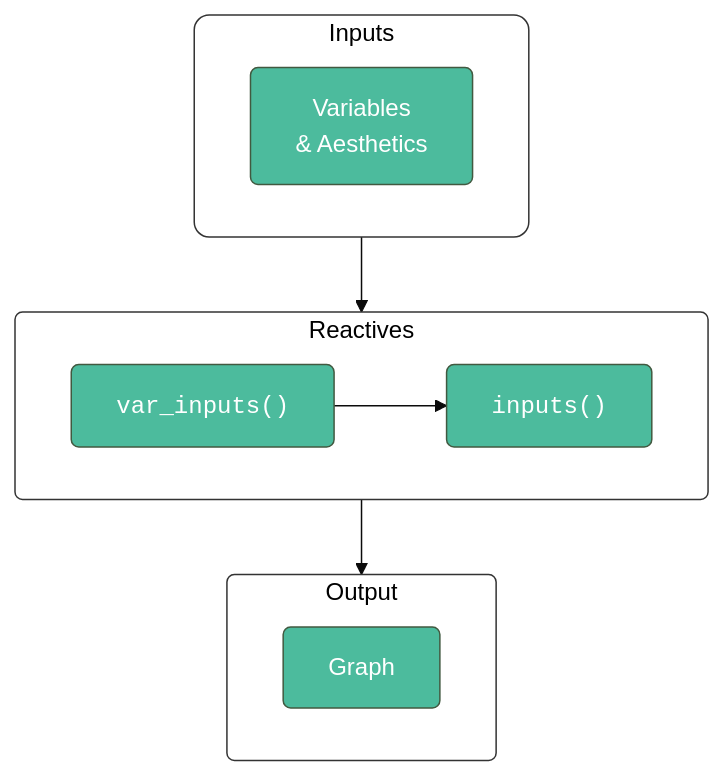
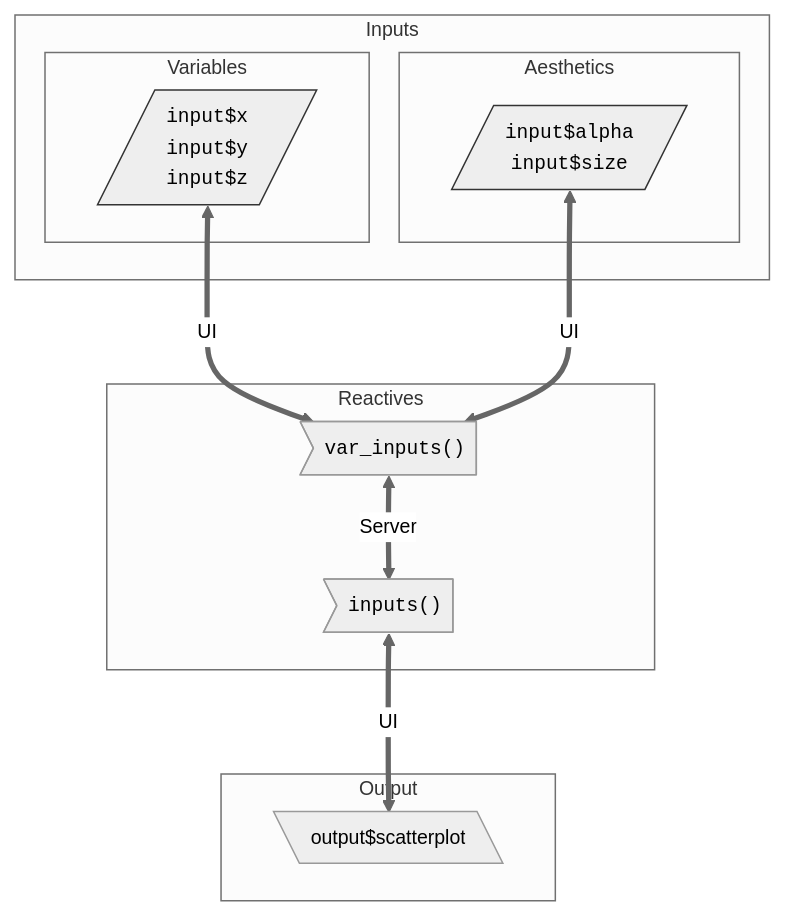
Before and after one commit to mjfrigaard/shiny-app-pkgs: the second of 4 diagrams in debug.qmd, drawn with Mermaid. The commit also changed other lines of this file and 31 other files, not shown here.

````diff
--- a/debug.qmd
+++ b/debug.qmd
@@ -122,28 +170,30 @@
 ```{mermaid}
+%%| fig-cap: 'Reactive flow in Movies App'
 %%| fig-align: center
-%%| fig-cap: 'Debugging'
-%%{init: {'theme': 'base', 'themeVariables': { 'fontFamily': 'monospace', 'primaryColor': '#33a02c', 'edgeLabelBackground':'#02577A'}}}%%
-flowchart
+%%{init: {'theme': 'neutral', 'themeVariables': { 'fontFamily': 'monospace', "fontSize":"13px"}}}%%
+flowchart TD
     subgraph Inputs["Inputs"]
-        A1["Variables 
-		   & Aesthetics"]
+        subgraph Variables["Variables"]
+        var_input[/"<code>input$x</code><br><code>input$y</code><br><code>input$z</code>"/]
+        end
+        subgraph Aesthetics["Aesthetics"]
+        aes_input[/"<code>input$alpha</code><br><code>input$size</code>"/]
+        end
+        
     end
     subgraph React["Reactives"]
-        R1["<code>var_inputs()</code>"]
-        R2["<code>inputs()</code>"]
+        var_inputs>"<code>var_inputs()</code> "]
+        inputs>"<code>inputs()</code>"]
     end
     subgraph Output["Output"]
-        O1[Graph]
+        output[\"output$scatterplot"\]
     end
-    Inputs --> React
-    R1 --> R2
-    React --> Output
 
-    style Inputs fill:#FFFFFF,color:#000000,stroke:#333,stroke-width:1px,rx:10,ry:10
-    style A1 fill:#4CBB9D,color:#FFFFFF,rx:5,ry:5
-    style React fill:#FFFFFF,color:#000000,stroke:#333,stroke-width:1px,rx:5,ry:5
-    style R1 fill:#4CBB9D,color:#FFFFFF,rx:5,ry:5
-    style R2 fill:#4CBB9D,color:#FFFFFF,rx:5,ry:5
-    style Output fill:#FFFFFF,color:#000000,stroke:#333,stroke-width:1px,rx:5,ry:5
-    style O1 fill:#4CBB9D,color:#FFFFFF,rx:5,ry:5
+
+    var_input & aes_input <==> |"UI"|var_inputs 
+    var_inputs <==> |"Server"|inputs
+    inputs <==> |"UI"|output
+    
+    style var_input stroke:#333,stroke-width:1px,rx:5,ry:5 
+    style aes_input stroke:#333,stroke-width:1px,rx:5,ry:5
 ```
````
